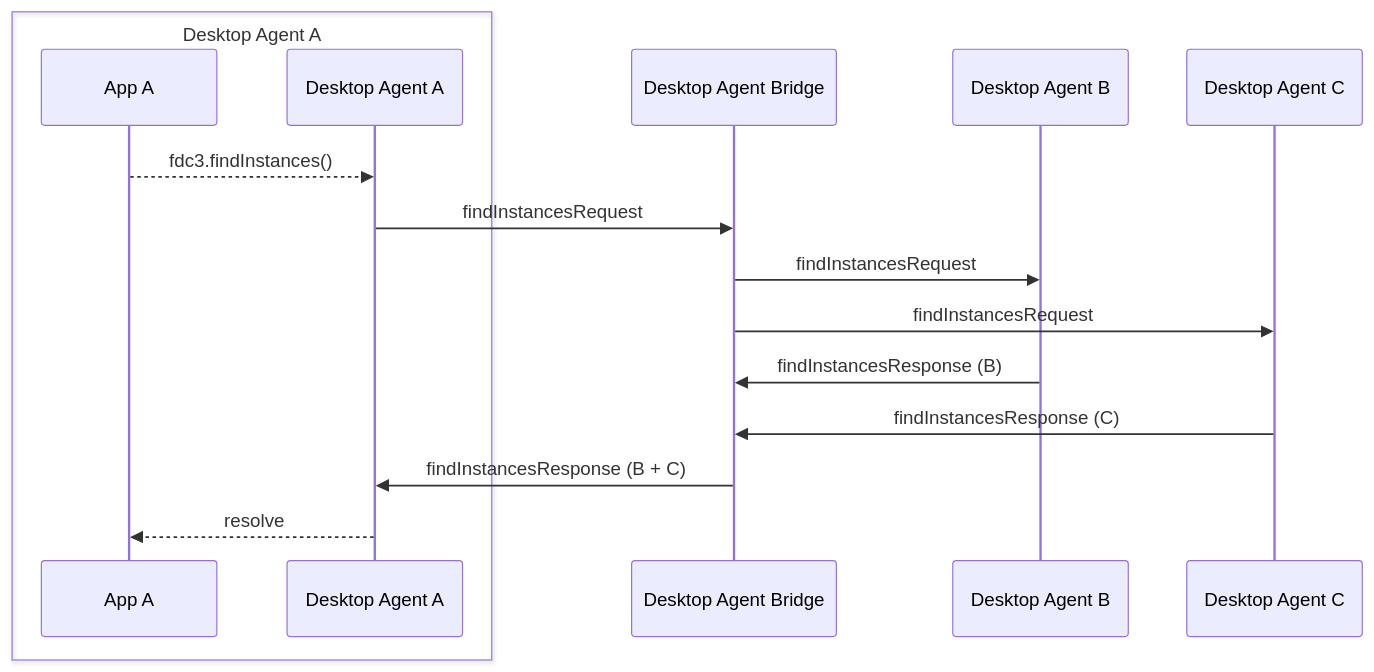
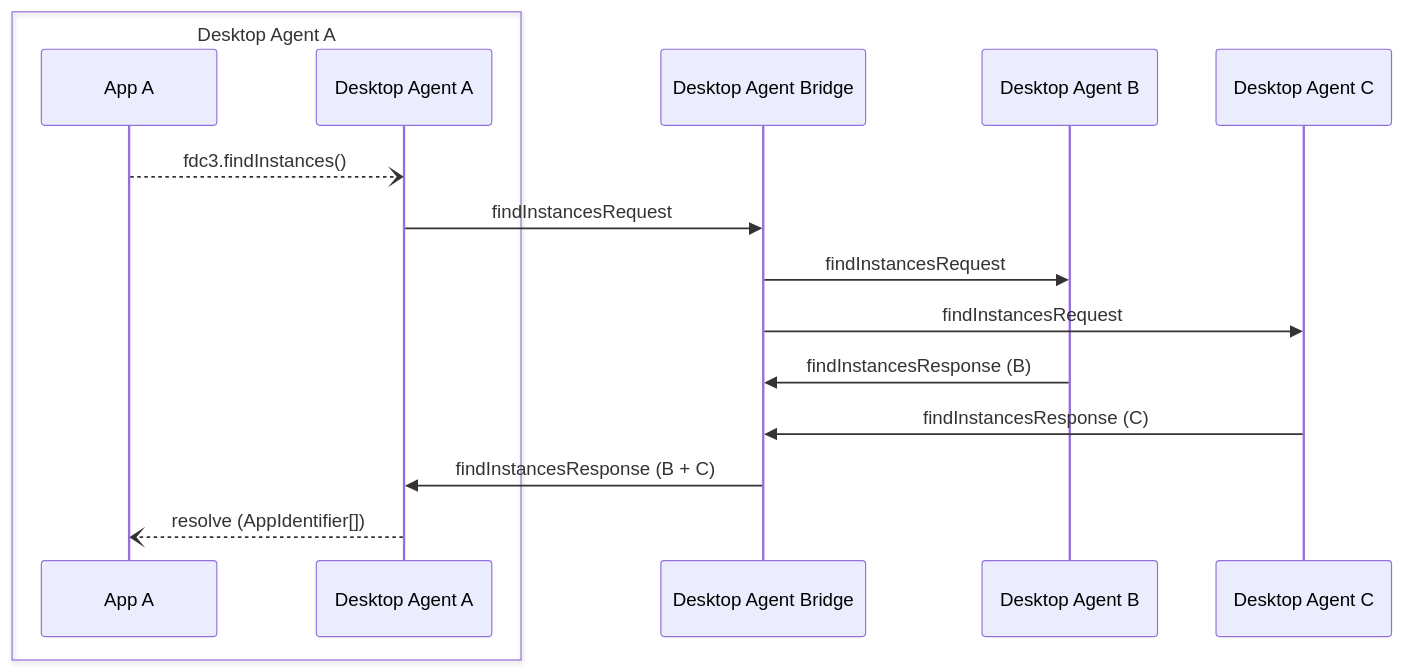
Before and after one commit to InteropIO/FDC3: the diagram in docs/agent-bridging/ref/findInstances.md, drawn with Mermaid. The commit also changed 12 other files, not shown here.

Commit message:
Changing arrow style for FDC3 API calls + adding expect type for promise resolution to mermaid diagrams

````diff
--- a/docs/agent-bridging/ref/findInstances.md
+++ b/docs/agent-bridging/ref/findInstances.md
@@ -25,18 +25,18 @@
 ```mermaid
 sequenceDiagram
     box Desktop Agent A
     participant AA as App A
     participant DA as Desktop Agent A
     end
     participant DAB as Desktop Agent Bridge
     participant DB as Desktop Agent B
     participant DC as Desktop Agent C
-    AA -->> DA: fdc3.findInstances()
+    AA --) DA: fdc3.findInstances()
     DA ->> DAB: findInstancesRequest
     DAB ->> DB: findInstancesRequest
     DAB ->> DC: findInstancesRequest
     DB ->> DAB: findInstancesResponse (B)
     DC ->> DAB: findInstancesResponse (C)
     DAB ->> DA: findInstancesResponse (B + C)
-    DA -->> AA: resolve
+    DA --) AA: resolve (AppIdentifier[])
 ```
````
